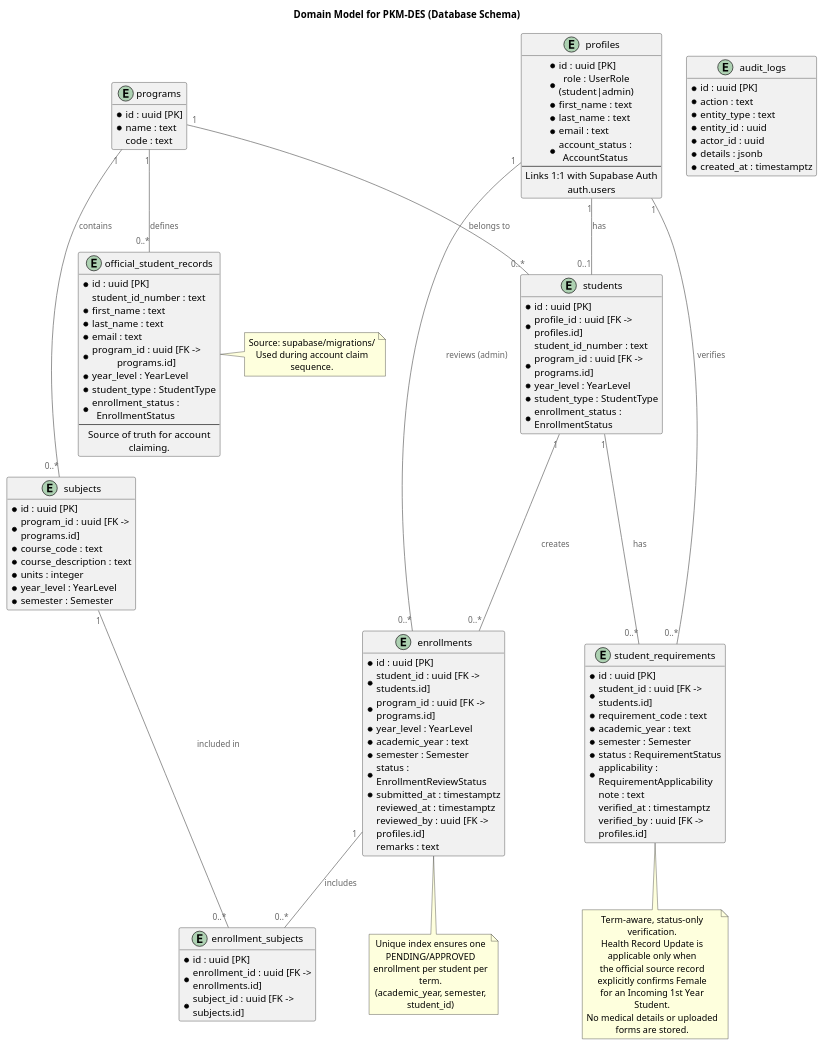
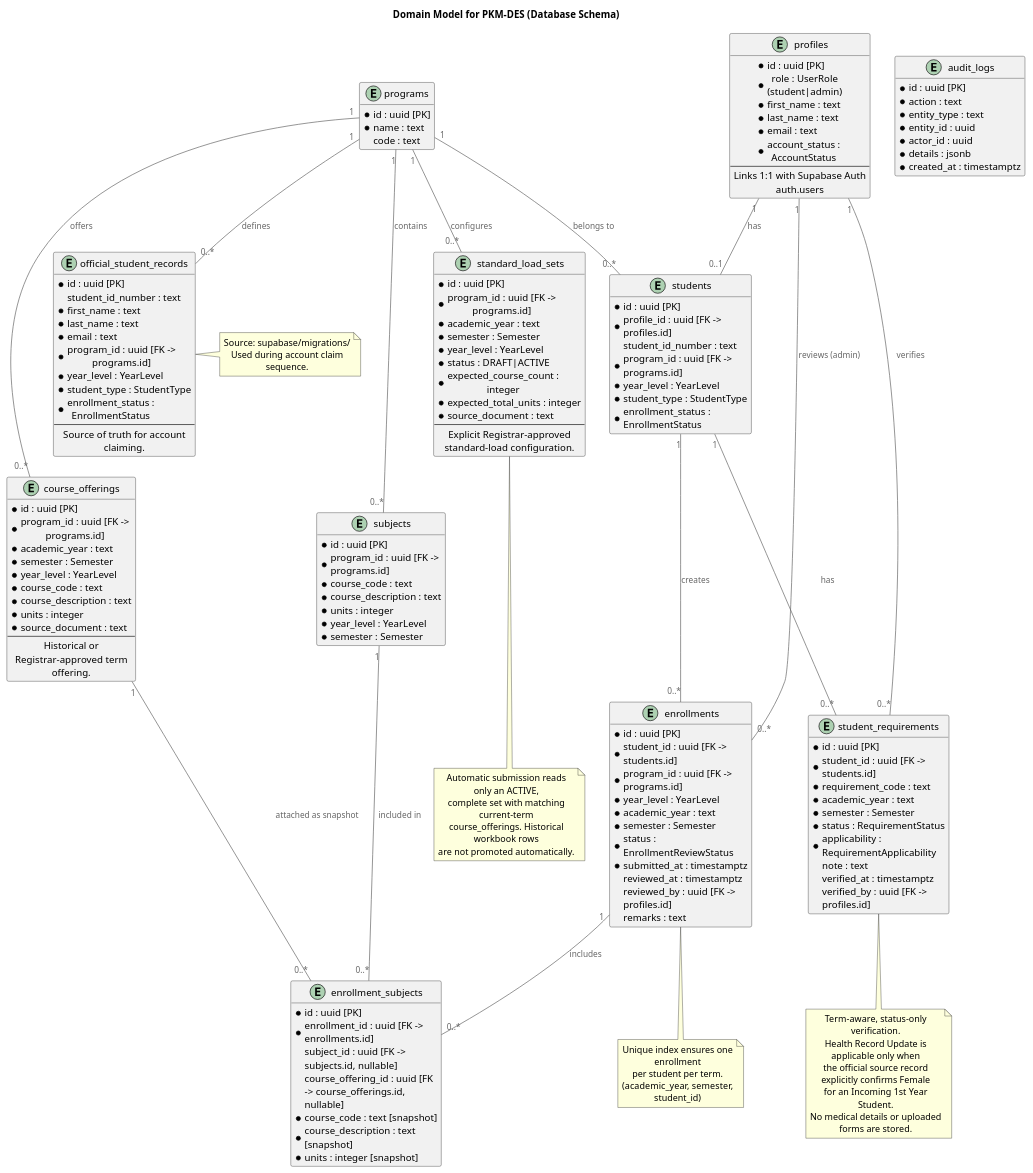
Before and after one commit to lucifron28/PKM-DES: the diagram in docs/diagrams/pkm-des-domain-model.puml, drawn with PlantUML. The commit also changed 11 other files, not shown here.

Commit message:
docs: document generic multi-program enrollment

```diff
--- a/docs/diagrams/pkm-des-domain-model.puml
+++ b/docs/diagrams/pkm-des-domain-model.puml
@@ -1,131 +1,173 @@
 @startuml pkm-des-domain-model
 !include https://raw.githubusercontent.com/plantuml-stdlib/C4-PlantUML/master/C4_Component.puml
 hide empty members
 
 title Domain Model for PKM-DES (Database Schema)
 
 entity "profiles" as profiles {
   * id : uuid [PK]
   * role : UserRole (student|admin)
   * first_name : text
   * last_name : text
   * email : text
   * account_status : AccountStatus
   --
   Links 1:1 with Supabase Auth auth.users
 }
 
 entity "programs" as programs {
   * id : uuid [PK]
   * name : text
   code : text
 }
 
 entity "students" as students {
   * id : uuid [PK]
   * profile_id : uuid [FK -> profiles.id]
   student_id_number : text
   * program_id : uuid [FK -> programs.id]
   * year_level : YearLevel
   * student_type : StudentType
   * enrollment_status : EnrollmentStatus
 }
 
 entity "subjects" as subjects {
   * id : uuid [PK]
   * program_id : uuid [FK -> programs.id]
   * course_code : text
   * course_description : text
   * units : integer
   * year_level : YearLevel
   * semester : Semester
 }
 
+entity "course_offerings" as course_offerings {
+  * id : uuid [PK]
+  * program_id : uuid [FK -> programs.id]
+  * academic_year : text
+  * semester : Semester
+  * year_level : YearLevel
+  * course_code : text
+  * course_description : text
+  * units : integer
+  * source_document : text
+  --
+  Historical or Registrar-approved term offering.
+}
+
+entity "standard_load_sets" as standard_load_sets {
+  * id : uuid [PK]
+  * program_id : uuid [FK -> programs.id]
+  * academic_year : text
+  * semester : Semester
+  * year_level : YearLevel
+  * status : DRAFT|ACTIVE
+  * expected_course_count : integer
+  * expected_total_units : integer
+  * source_document : text
+  --
+  Explicit Registrar-approved standard-load configuration.
+}
+
 entity "enrollments" as enrollments {
   * id : uuid [PK]
   * student_id : uuid [FK -> students.id]
   * program_id : uuid [FK -> programs.id]
   * year_level : YearLevel
   * academic_year : text
   * semester : Semester
   * status : EnrollmentReviewStatus
   * submitted_at : timestamptz
   reviewed_at : timestamptz
   reviewed_by : uuid [FK -> profiles.id]
   remarks : text
 }
 
 entity "enrollment_subjects" as enrollment_subjects {
   * id : uuid [PK]
   * enrollment_id : uuid [FK -> enrollments.id]
-  * subject_id : uuid [FK -> subjects.id]
+  subject_id : uuid [FK -> subjects.id, nullable]
+  course_offering_id : uuid [FK -> course_offerings.id, nullable]
+  * course_code : text [snapshot]
+  * course_description : text [snapshot]
+  * units : integer [snapshot]
 }
 
 entity "official_student_records" as official_student_records {
   * id : uuid [PK]
   student_id_number : text
   * first_name : text
   * last_name : text
   * email : text
   * program_id : uuid [FK -> programs.id]
   * year_level : YearLevel
   * student_type : StudentType
   * enrollment_status : EnrollmentStatus
   --
   Source of truth for account claiming.
 }
 
 entity "student_requirements" as student_requirements {
   * id : uuid [PK]
   * student_id : uuid [FK -> students.id]
   * requirement_code : text
   * academic_year : text
   * semester : Semester
   * status : RequirementStatus
   * applicability : RequirementApplicability
   note : text
   verified_at : timestamptz
   verified_by : uuid [FK -> profiles.id]
 }
 
 entity "audit_logs" as audit_logs {
   * id : uuid [PK]
   * action : text
   * entity_type : text
   * entity_id : uuid
   * actor_id : uuid
   * details : jsonb
   * created_at : timestamptz
 }
 
 profiles "1" -- "0..1" students : has
 programs "1" -- "0..*" students : belongs to
 programs "1" -- "0..*" subjects : contains
+programs "1" -- "0..*" course_offerings : offers
+programs "1" -- "0..*" standard_load_sets : configures
 students "1" -- "0..*" enrollments : creates
 students "1" -- "0..*" student_requirements : has
 profiles "1" -- "0..*" student_requirements : verifies
 enrollments "1" -- "0..*" enrollment_subjects : includes
 subjects "1" -- "0..*" enrollment_subjects : included in
+course_offerings "1" -- "0..*" enrollment_subjects : attached as snapshot
 programs "1" -- "0..*" official_student_records : defines
 profiles "1" -- "0..*" enrollments : reviews (admin)
 
 note bottom of enrollments
-  Unique index ensures one PENDING/APPROVED
-  enrollment per student per term.
+  Unique index ensures one enrollment
+  per student per term.
   (academic_year, semester, student_id)
+end note
+
+note bottom of standard_load_sets
+  Automatic submission reads only an ACTIVE,
+  complete set with matching current-term
+  course_offerings. Historical workbook rows
+  are not promoted automatically.
 end note
 
 note right of official_student_records
   Source: supabase/migrations/
   Used during account claim sequence.
 end note
 
 note bottom of student_requirements
   Term-aware, status-only verification.
   Health Record Update is applicable only when
   the official source record explicitly confirms Female
   for an Incoming 1st Year Student.
   No medical details or uploaded forms are stored.
 end note
 
 @enduml
```
